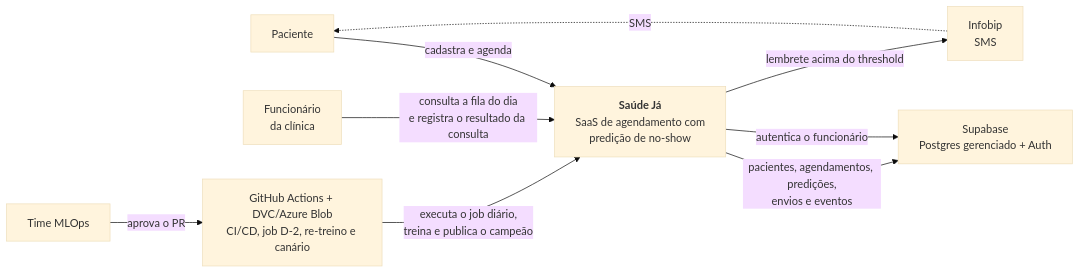
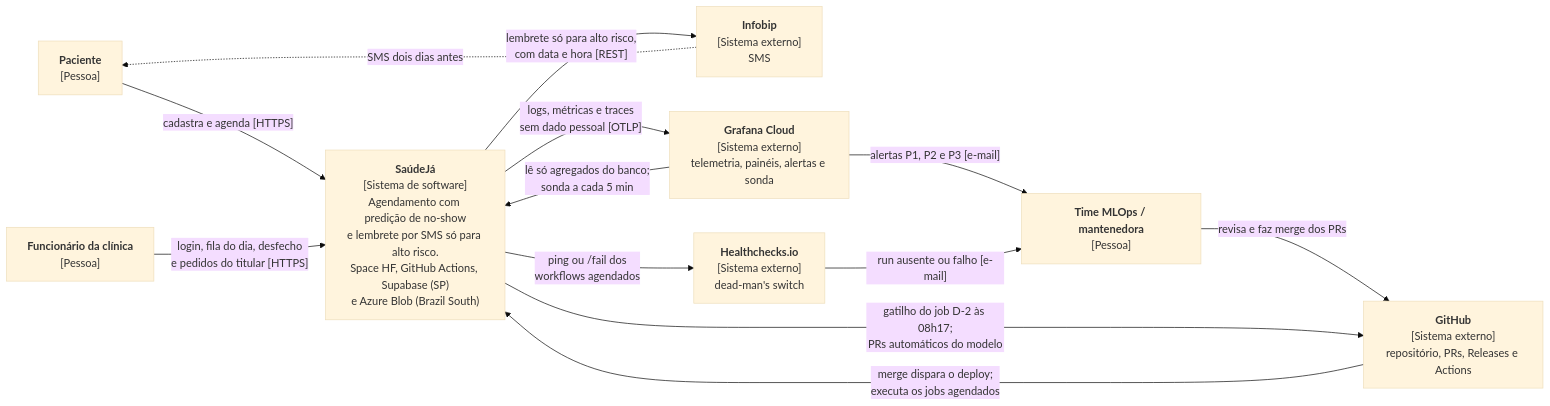
The diagram in docs/architecture.md (VL-in/ai-factory-saudeja), drawn with Mermaid (base theme) before and after one commit. The commit also changed other lines of this file and 4 other files, not shown here.

````diff
--- a/docs/architecture.md
+++ b/docs/architecture.md
@@ -90,21 +113,26 @@
 ```mermaid
 flowchart LR
-    Paciente["Paciente"]
-    Funcionario["Funcionário<br/>da clínica"]
-    MLOps["Time MLOps"]
+    Paciente["<b>Paciente</b><br/>[Pessoa]"]
+    Funcionario["<b>Funcionário da clínica</b><br/>[Pessoa]"]
+    MLOps["<b>Time MLOps / mantenedora</b><br/>[Pessoa]"]
 
-    Sys["<b>Saúde Já</b><br/>SaaS de agendamento com<br/>predição de no-show"]
+    Sys["<b>SaúdeJá</b><br/>[Sistema de software]<br/>Agendamento com predição de no-show<br/>e lembrete por SMS só para alto risco.<br/>Space HF, GitHub Actions, Supabase (SP)<br/>e Azure Blob (Brazil South)"]
 
-    Supabase["Supabase<br/>Postgres gerenciado + Auth"]
-    Infobip["Infobip<br/>SMS"]
-    Automacao["GitHub Actions + DVC/Azure Blob<br/>CI/CD, job D-2, re-treino e canário"]
+    GitHub["<b>GitHub</b><br/>[Sistema externo]<br/>repositório, PRs, Releases e Actions"]
+    Infobip["<b>Infobip</b><br/>[Sistema externo]<br/>SMS"]
+    Grafana["<b>Grafana Cloud</b><br/>[Sistema externo]<br/>telemetria, painéis, alertas e sonda"]
+    Healthchecks["<b>Healthchecks.io</b><br/>[Sistema externo]<br/>dead-man's switch"]
 
-    Paciente -->|"cadastra e agenda"| Sys
-    Funcionario -->|"consulta a fila do dia<br/>e registra o resultado da consulta"| Sys
-    Sys -->|"pacientes, agendamentos, predições,<br/>envios e eventos"| Supabase
-    Sys -->|"autentica o funcionário"| Supabase
-    Sys -->|"lembrete acima do threshold"| Infobip
-    Infobip -.->|"SMS"| Paciente
-    Automacao -->|"executa o job diário,<br/>treina e publica o campeão"| Sys
-    MLOps -->|"aprova o PR"| Automacao
+    Paciente -->|"cadastra e agenda [HTTPS]"| Sys
+    Funcionario -->|"login, fila do dia, desfecho<br/>e pedidos do titular [HTTPS]"| Sys
+    Sys -->|"lembrete só para alto risco,<br/>com data e hora [REST]"| Infobip
+    Infobip -.->|"SMS dois dias antes"| Paciente
+    Sys -->|"logs, métricas e traces<br/>sem dado pessoal [OTLP]"| Grafana
+    Grafana -->|"lê só agregados do banco;<br/>sonda a cada 5 min"| Sys
+    Grafana -->|"alertas P1, P2 e P3 [e-mail]"| MLOps
+    Sys -->|"ping ou /fail dos<br/>workflows agendados"| Healthchecks
+    Healthchecks -->|"run ausente ou falho [e-mail]"| MLOps
+    MLOps -->|"revisa e faz merge dos PRs"| GitHub
+    GitHub -->|"merge dispara o deploy;<br/>executa os jobs agendados"| Sys
+    Sys -->|"gatilho do job D-2 às 08h17;<br/>PRs automáticos do modelo"| GitHub
 ```
````
